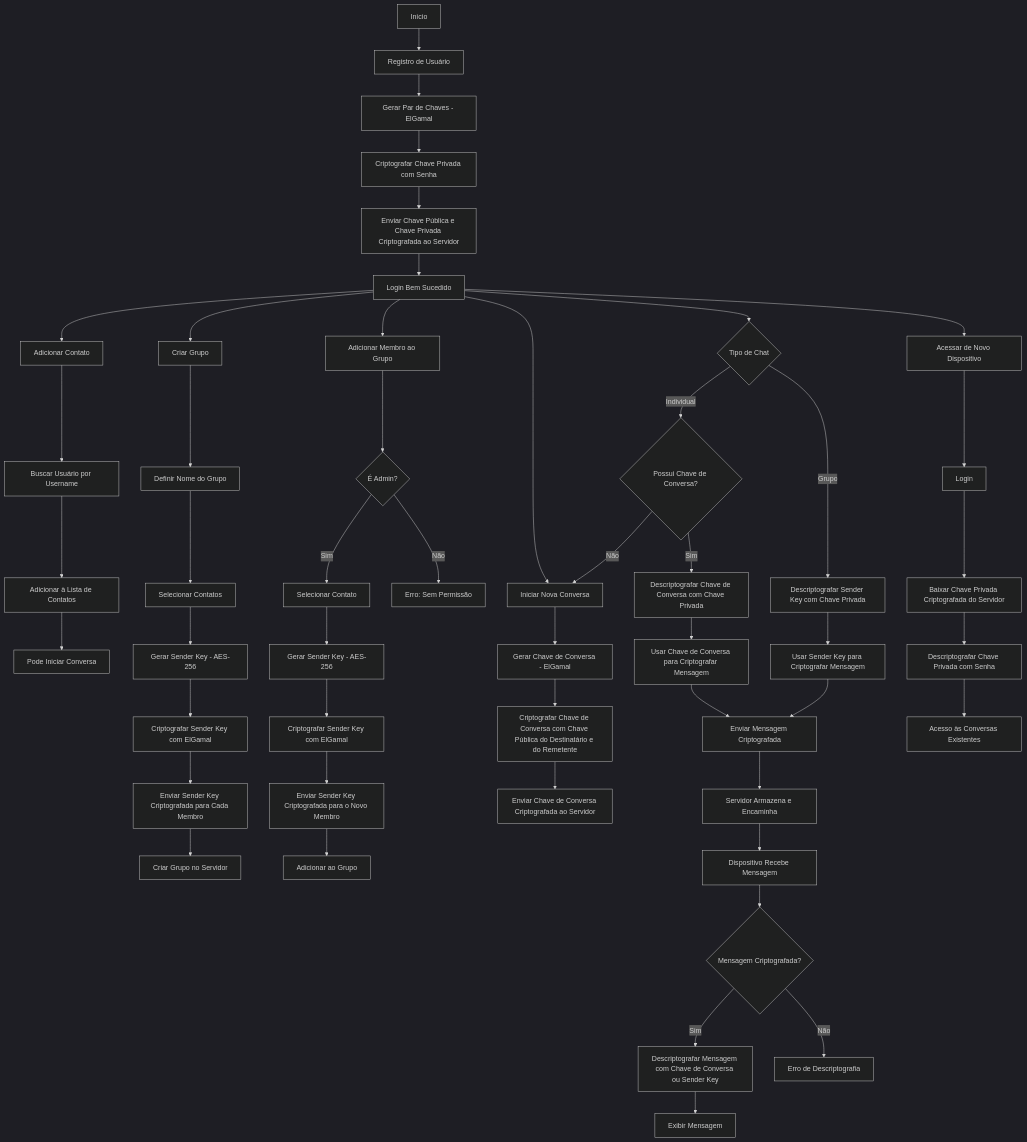
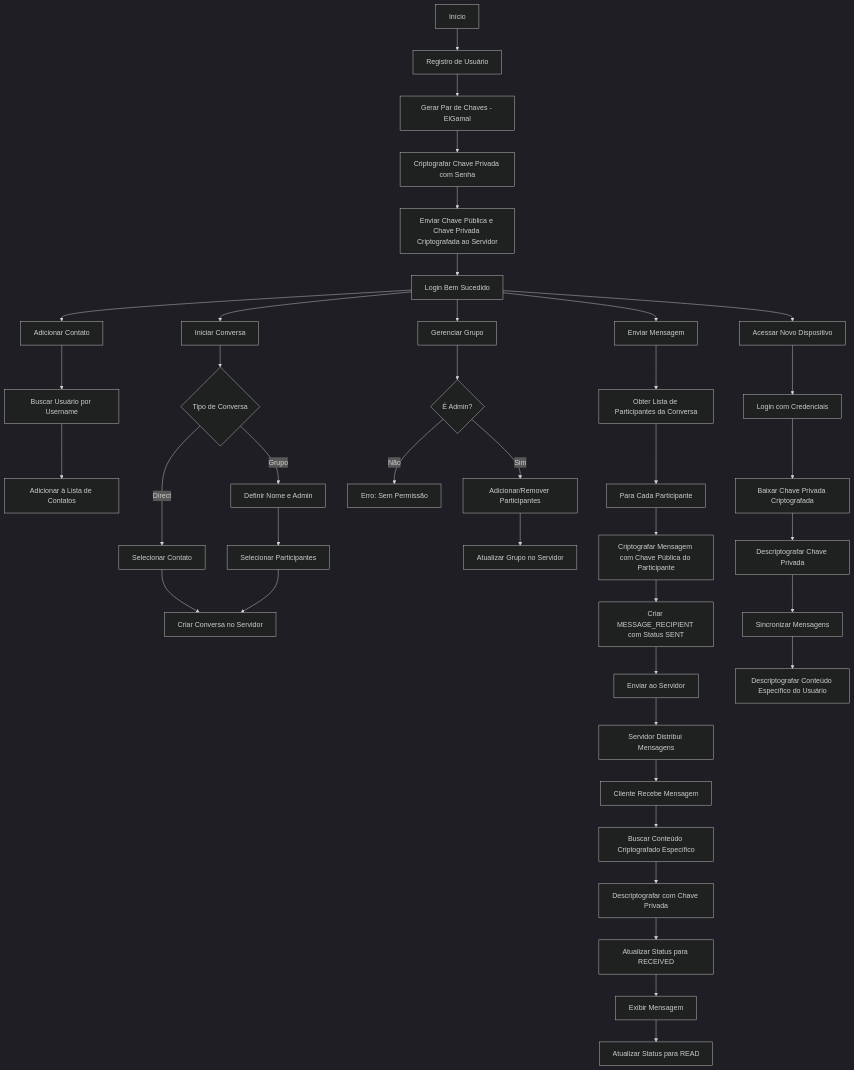
One commit to Gugarauj07/ChatE2EE-ElgamalCrypto changed the second of 2 diagrams in README.md. Above: the diagram before and after it, drawn with Mermaid (dark theme). The commit also changed other lines of this file, not shown here.

````diff
--- a/README.md
+++ b/README.md
@@ -53,59 +78,55 @@
 ```mermaid
 graph TD
-%% Registro e Login Inicial
+%% Registro e Login
 A[Início] --> B[Registro de Usuário]
 B --> C[Gerar Par de Chaves - ElGamal]
 C --> D[Criptografar Chave Privada com Senha]
 D --> E[Enviar Chave Pública e Chave Privada Criptografada ao Servidor]
 E --> F[Login Bem Sucedido]
+
 %% Gestão de Contatos
 F --> H1[Adicionar Contato]
 H1 --> I1[Buscar Usuário por Username]
 I1 --> J1[Adicionar à Lista de Contatos]
-J1 --> K1[Pode Iniciar Conversa]
-%% Criação de Grupo
-F --> H2[Criar Grupo]
-H2 --> I2[Definir Nome do Grupo]
-I2 --> J2[Selecionar Contatos]
-J2 --> K2[Gerar Sender Key - AES-256]
-K2 --> L2[Criptografar Sender Key com ElGamal]
-L2 --> M2[Enviar Sender Key Criptografada para Cada Membro]
-M2 --> N2[Criar Grupo no Servidor]
-%% Adicionar Membro ao Grupo
-F --> H3[Adicionar Membro ao Grupo]
-H3 --> I3{É Admin?}
-I3 -->|Sim| J3[Selecionar Contato]
-J3 --> K3[Gerar Sender Key - AES-256]
-K3 --> L3[Criptografar Sender Key com ElGamal]
-L3 --> M3[Enviar Sender Key Criptografada para o Novo Membro]
-M3 --> N3[Adicionar ao Grupo]
-I3 -->|Não| O3[Erro: Sem Permissão]
-%% Estabelecimento de Sessão
-F --> H4[Iniciar Nova Conversa]
-H4 --> I4[Gerar Chave de Conversa - ElGamal]
-I4 --> J4[Criptografar Chave de Conversa com Chave Pública do Destinatário e do Remetente]
-J4 --> K4[Enviar Chave de Conversa Criptografada ao Servidor]
-%% Fluxo de Mensagens Individuais
-F --> M4{Tipo de Chat}
-M4 -->|Individual| N4{Possui Chave de Conversa?}
-N4 -->|Não| H4
-N4 -->|Sim| O4[Descriptografar Chave de Conversa com Chave Privada]
-O4 --> P4[Usar Chave de Conversa para Criptografar Mensagem]
-M4 -->|Grupo| Q4[Descriptografar Sender Key com Chave Privada]
-Q4 --> R4[Usar Sender Key para Criptografar Mensagem]
-P4 --> S4[Enviar Mensagem Criptografada]
-R4 --> S4
+
+%% Criação de Conversa
+F --> H2[Iniciar Conversa]
+H2 --> I2{Tipo de Conversa}
+I2 -->|Grupo| J2[Definir Nome e Admin]
+I2 -->|Direct| K2[Selecionar Contato]
+J2 --> L2[Selecionar Participantes]
+K2 --> M2[Criar Conversa no Servidor]
+L2 --> M2
+
+%% Gestão de Grupo
+F --> N1[Gerenciar Grupo]
+N1 --> N2{É Admin?}
+N2 -->|Sim| N3[Adicionar/Remover Participantes]
+N2 -->|Não| N4[Erro: Sem Permissão]
+N3 --> N5[Atualizar Grupo no Servidor]
+
+%% Envio de Mensagens
+F --> P1[Enviar Mensagem]
+P1 --> P2[Obter Lista de Participantes da Conversa]
+P2 --> P3[Para Cada Participante]
+P3 --> P4[Criptografar Mensagem com Chave Pública do Participante]
+P4 --> P5[Criar MESSAGE_RECIPIENT com Status SENT]
+P5 --> P6[Enviar ao Servidor]
+
 %% Recebimento de Mensagens
-S4 --> T4[Servidor Armazena e Encaminha]
-T4 --> U4[Dispositivo Recebe Mensagem]
-U4 --> V4{Mensagem Criptografada?}
-V4 -->|Sim| W4[Descriptografar Mensagem com Chave de Conversa ou Sender Key]
-V4 -->|Não| X4[Erro de Descriptografia]
-W4 --> Y4[Exibir Mensagem]
-%% Acesso de Novo Dispositivo
-F --> Z1[Acessar de Novo Dispositivo]
-Z1 --> Z2[Login]
-Z2 --> Z3[Baixar Chave Privada Criptografada do Servidor]
-Z3 --> Z4[Descriptografar Chave Privada com Senha]
-Z4 --> Z5[Acesso às Conversas Existentes]
+P6 --> R1[Servidor Distribui Mensagens]
+R1 --> R2[Cliente Recebe Mensagem]
+R2 --> R3[Buscar Conteúdo Criptografado Específico]
+R3 --> R4[Descriptografar com Chave Privada]
+R4 --> R5[Atualizar Status para RECEIVED]
+R5 --> R6[Exibir Mensagem]
+R6 --> R7[Atualizar Status para READ]
+
+%% Sincronização Multi-dispositivo
+F --> S1[Acessar Novo Dispositivo]
+S1 --> S2[Login com Credenciais]
+S2 --> S3[Baixar Chave Privada Criptografada]
+S3 --> S4[Descriptografar Chave Privada]
+S4 --> S5[Sincronizar Mensagens]
+S5 --> S6[Descriptografar Conteúdo Específico do Usuário]
 ```
````
